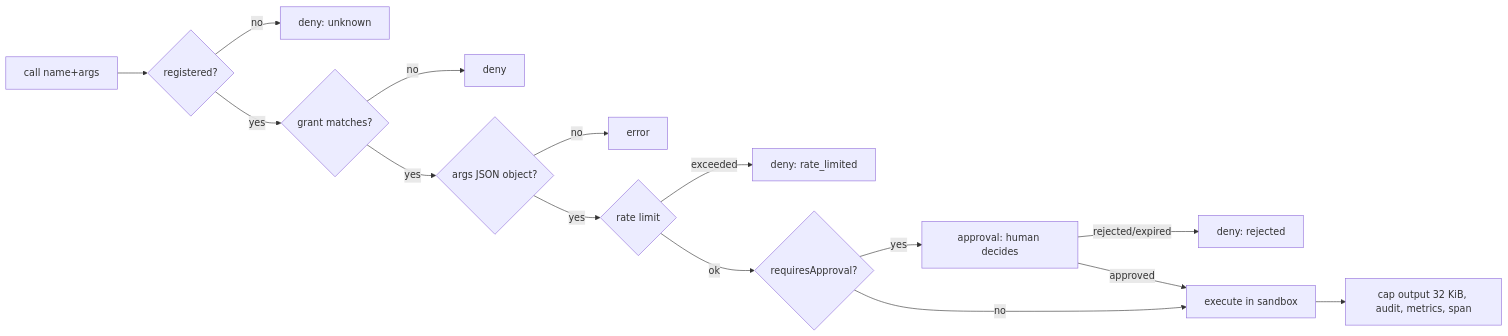
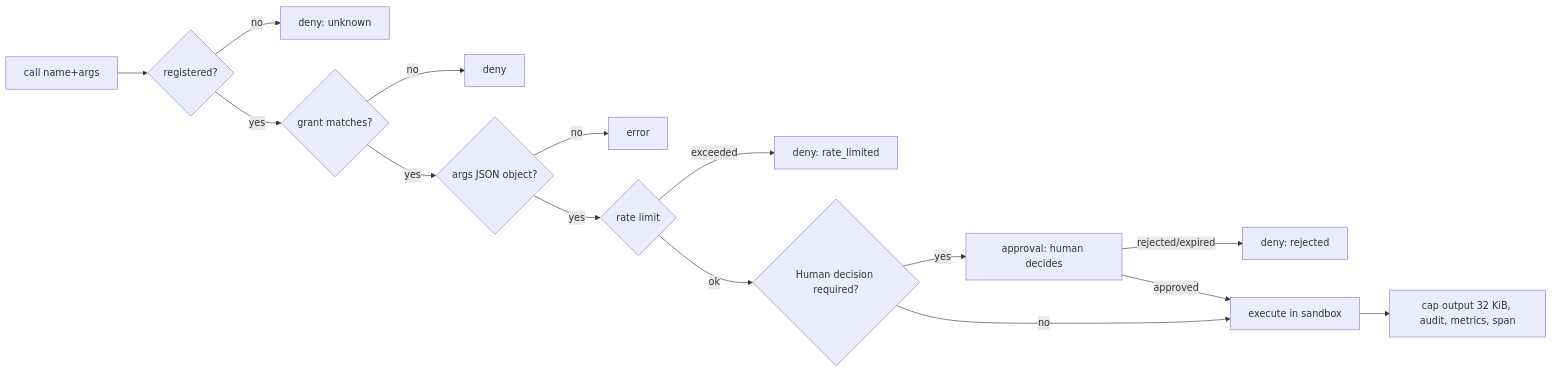
One commit to woliveiras/weft changed the diagram in docs/tool-permissions.md. Above: the diagram before and after it, drawn with Mermaid. The commit also changed other lines of this file and 8 other files, not shown here.

````diff
--- a/docs/tool-permissions.md
+++ b/docs/tool-permissions.md
@@ -102,16 +106,16 @@
 ```mermaid
 flowchart LR
   A[call name+args] --> B{registered?}
   B -- no --> D1[deny: unknown]
   B -- yes --> C{grant matches?}
   C -- no --> D2[deny]
   C -- yes --> E{args JSON object?}
   E -- no --> X[error]
   E -- yes --> F{rate limit}
   F -- exceeded --> D3[deny: rate_limited]
-  F -- ok --> G{requiresApproval?}
+  F -- ok --> G{Human decision required?}
   G -- yes --> H[approval: human decides] -->|rejected/expired| D4[deny: rejected]
   G -- no --> I[execute in sandbox]
   H -->|approved| I
   I --> J[cap output 32 KiB, audit, metrics, span]
 ```
````
